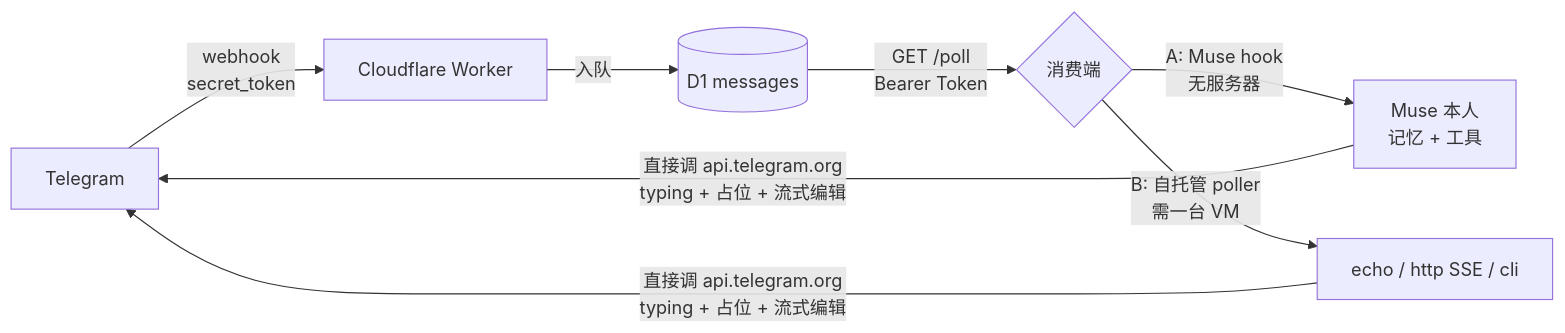
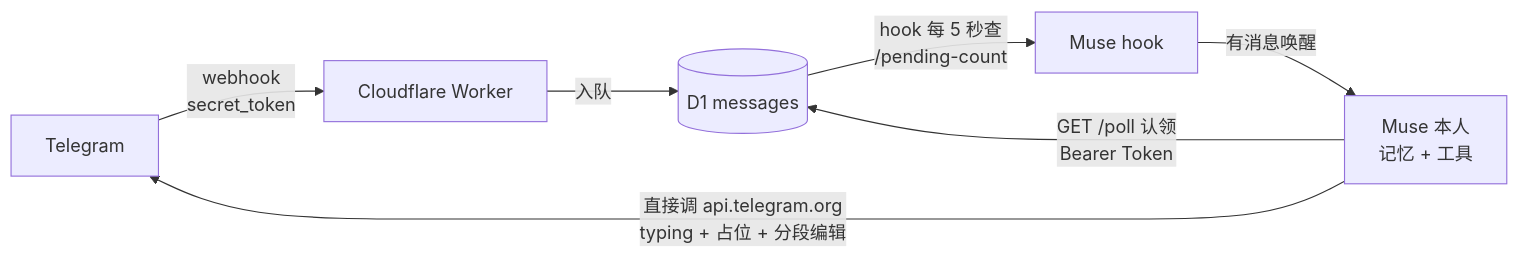
Before and after one commit to PillerC/muse-bridge: the diagram in README.md, drawn with Mermaid. The commit also changed other lines of this file and 11 other files, not shown here.

Commit message:
Remove self-hosted poller path, hook-only

````diff
--- a/README.md
+++ b/README.md
@@ -7,9 +7,9 @@
 ```mermaid
 flowchart LR
     TG[Telegram] -- webhook<br/>secret_token --> W[Cloudflare Worker]
     W -- 入队 --> D1[(D1 messages)]
-    D1 -- GET /poll<br/>Bearer Token --> C{消费端}
-    C -- A: Muse hook<br/>无服务器 --> M1[Muse 本人<br/>记忆 + 工具]
-    C -- B: 自托管 poller<br/>需一台 VM --> M2[echo / http SSE / cli]
-    M1 & M2 -- 直接调 api.telegram.org<br/>typing + 占位 + 流式编辑 --> TG
+    D1 -- hook 每 5 秒查<br/>/pending-count --> H[Muse hook]
+    H -- 有消息唤醒 --> M[Muse 本人<br/>记忆 + 工具]
+    M -- GET /poll 认领<br/>Bearer Token --> D1
+    M -- 直接调 api.telegram.org<br/>typing + 占位 + 分段编辑 --> TG
 ```
````
